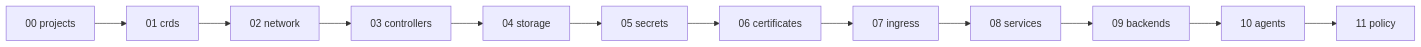
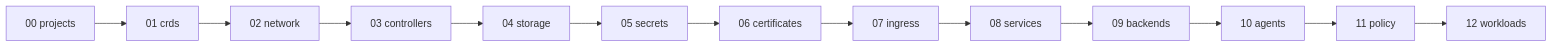
Before and after one commit to JanWelker/homelab: the second of 2 diagrams in docs/architecture/gitops.md, drawn with Mermaid. The commit also changed other lines of this file and 9 other files, not shown here.

````diff
--- a/docs/architecture/gitops.md
+++ b/docs/architecture/gitops.md
@@ -98,7 +102,8 @@
 ```mermaid
 flowchart LR
     PROJ[00 projects] --> CRDS[01 crds]
     CRDS --> NET[02 network] --> CTRL[03 controllers] --> STOR[04 storage]
     STOR --> SEC[05 secrets] --> CERT[06 certificates] --> ING[07 ingress]
     ING --> SVC[08 services] --> BACK[09 backends] --> AG[10 agents] --> POL[11 policy]
+    POL --> WORK[12 workloads]
 ```
````
